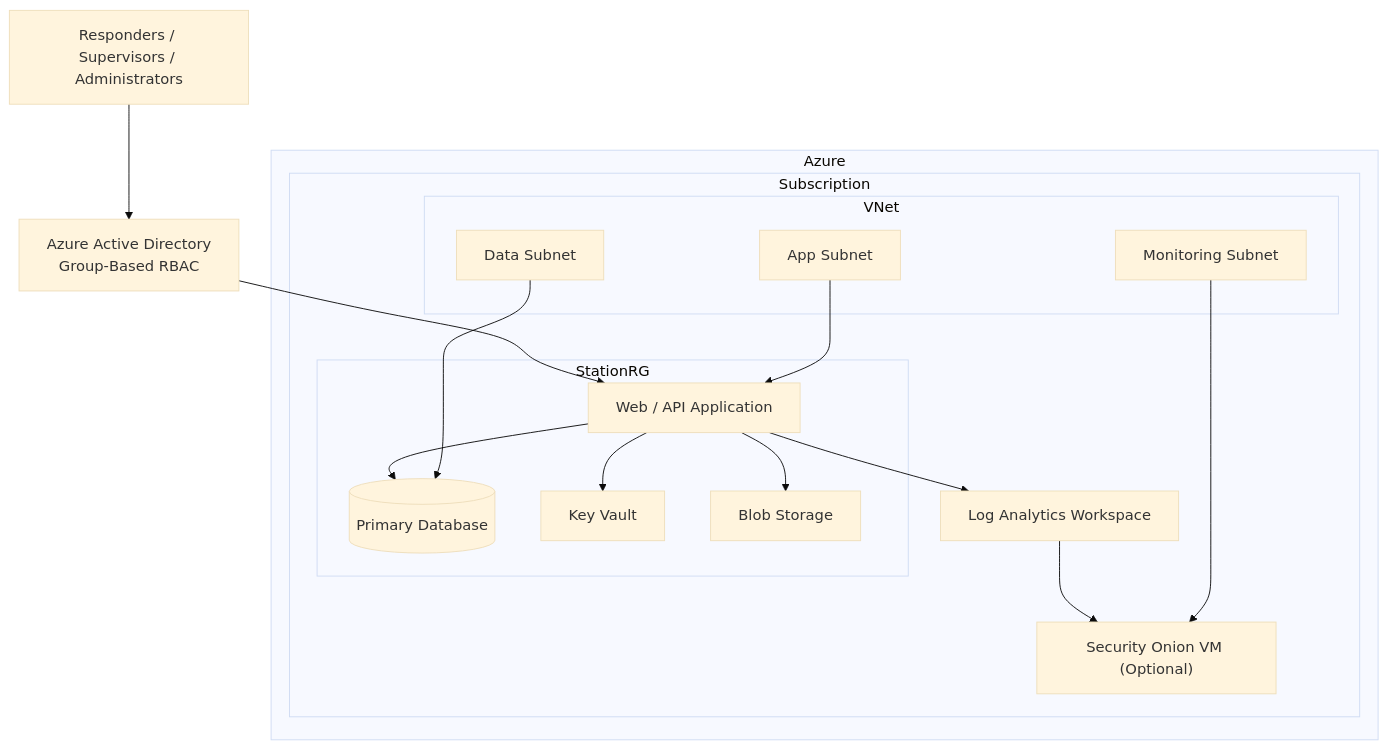
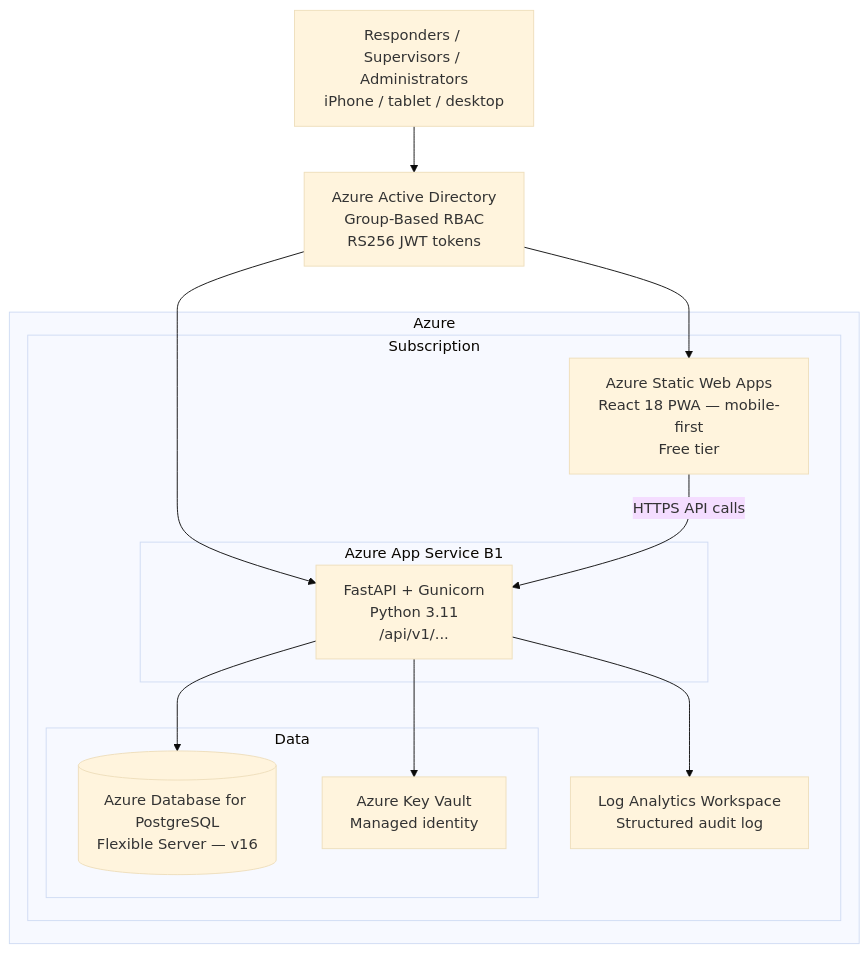
One commit to Jinniyah/EMS_ReadyKit changed the diagram in docs/architecture.md. Above: the diagram before and after it, drawn with Mermaid (base theme). The commit also changed other lines of this file and 21 other files, not shown here.

````diff
--- a/docs/architecture.md
+++ b/docs/architecture.md
@@ -17,39 +18,32 @@
 ```mermaid
 flowchart TB
-    User[Responders / Supervisors / Administrators]
-    AAD[Azure Active Directory<br/>Group‑Based RBAC]
+    User[Responders / Supervisors / Administrators<br/>iPhone / tablet / desktop]
+    AAD[Azure Active Directory<br/>Group-Based RBAC<br/>RS256 JWT tokens]
 
     User --> AAD
 
     subgraph Azure
         subgraph Subscription
 
-            subgraph VNet
-                AppSubnet[App Subnet]
-                DataSubnet[Data Subnet]
-                MonSubnet[Monitoring Subnet]
+            SWA[Azure Static Web Apps<br/>React 18 PWA — mobile-first<br/>Free tier]
+
+            subgraph AppService[Azure App Service B1]
+                API[FastAPI + Gunicorn<br/>Python 3.11<br/>/api/v1/...]
             end
 
-            subgraph StationRG
-                App[Web / API Application]
-                DB[(Primary Database)]
-                KV[Key Vault]
-                Store[Blob Storage]
+            subgraph Data
+                DB[(Azure Database for PostgreSQL<br/>Flexible Server — v16)]
+                KV[Azure Key Vault<br/>Managed identity]
             end
 
-            Logs[Log Analytics Workspace]
-            SIEM["Security Onion VM (Optional)"]
+            Logs[Log Analytics Workspace<br/>Structured audit log]
         end
     end
 
-    AAD --> App
-    App --> DB
-    App --> KV
-    App --> Store
-    App --> Logs
-    Logs --> SIEM
-
-    AppSubnet --> App
-    DataSubnet --> DB
-    MonSubnet --> SIEM
+    AAD --> SWA
+    AAD --> API
+    SWA -- HTTPS API calls --> API
+    API --> DB
+    API --> KV
+    API --> Logs
 ```
````
